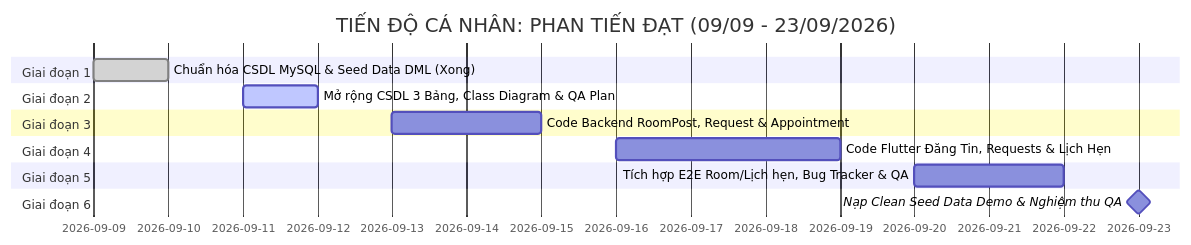
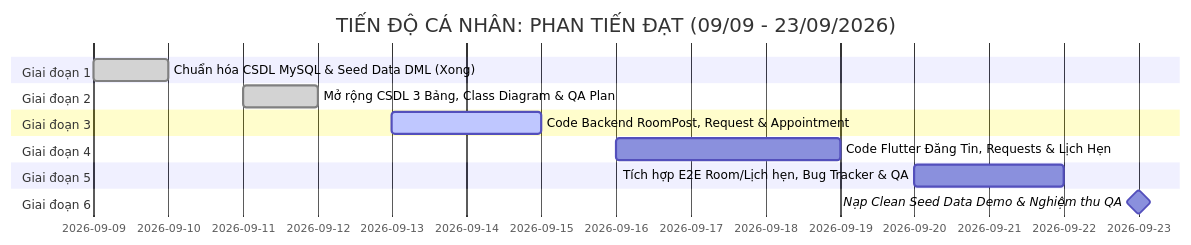
Before and after one commit to PHamHuy-23/Roomate-and-matching-app: the diagram in TASKS_TIEN_DAT.md, drawn with Mermaid. The commit also changed other lines of this file, not shown here.

Commit message:
chore: update Tien Dat progress

````diff
--- a/TASKS_TIEN_DAT.md
+++ b/TASKS_TIEN_DAT.md
@@ -26,17 +26,17 @@
 ```mermaid
 gantt
     title TIẾN ĐỘ CÁ NHÂN: PHAN TIẾN ĐẠT (09/09 - 23/09/2026)
     dateFormat  YYYY-MM-DD
     section Giai đoạn 1
     Chuẩn hóa CSDL MySQL & Seed Data DML (Xong)  :done, td1, 2026-09-09, 2026-09-10
     section Giai đoạn 2
-    Mở rộng CSDL 3 Bảng, Class Diagram & QA Plan :active, td2, 2026-09-11, 2026-09-12
+    Mở rộng CSDL 3 Bảng, Class Diagram & QA Plan :done, td2, 2026-09-11, 2026-09-12
     section Giai đoạn 3
-    Code Backend RoomPost, Request & Appointment :td3, 2026-09-13, 2026-09-15
+    Code Backend RoomPost, Request & Appointment :active, td3, 2026-09-13, 2026-09-15
     section Giai đoạn 4
     Code Flutter Đăng Tin, Requests & Lịch Hẹn   :td4, 2026-09-16, 2026-09-19
     section Giai đoạn 5
     Tích hợp E2E Room/Lịch hẹn, Bug Tracker & QA :td5, 2026-09-20, 2026-09-22
     section Giai đoạn 6
     Nạp Clean Seed Data Demo & Nghiệm thu QA     :milestone, td6, 2026-09-23, 2026-09-23
 ```
````
